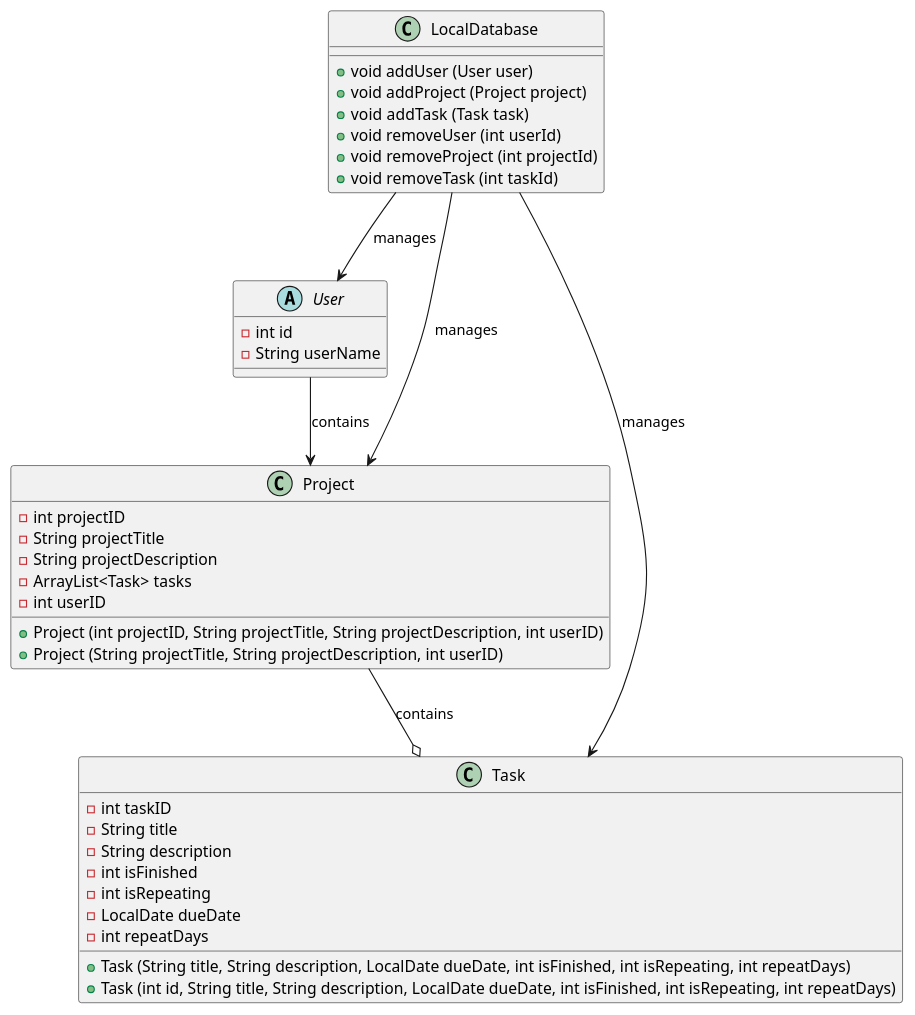
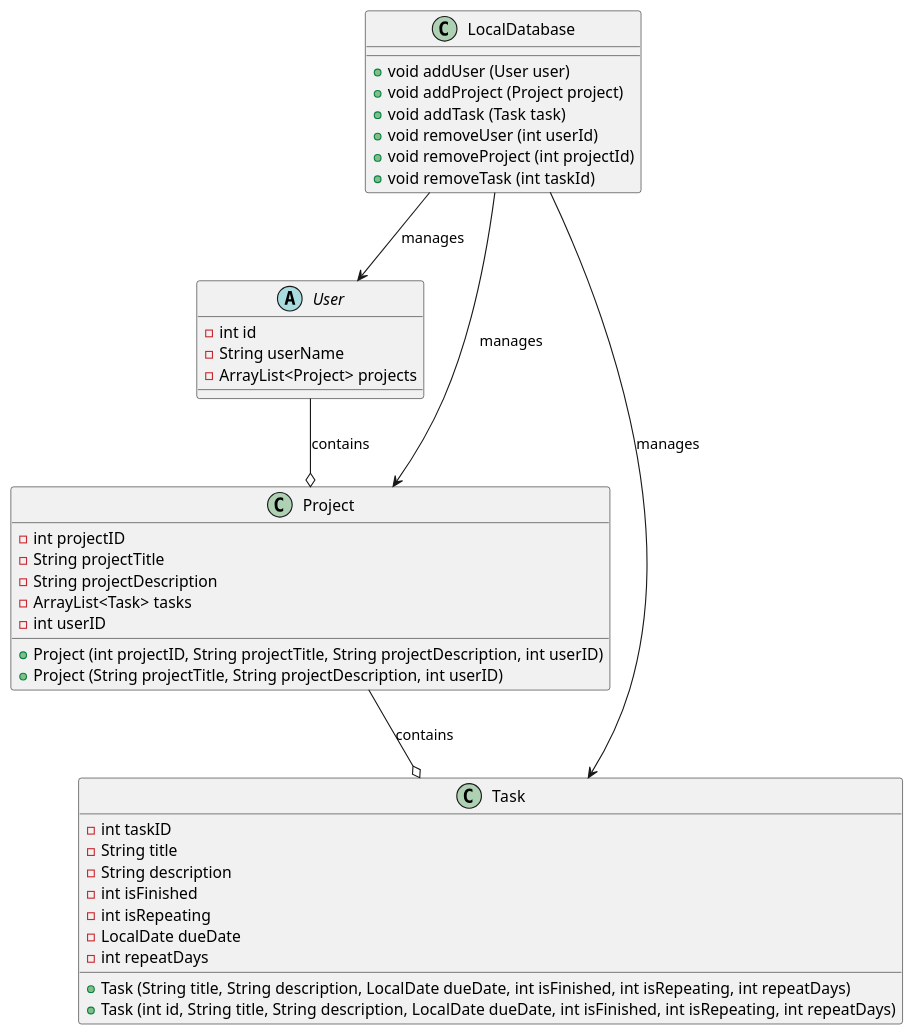
The diagram in doProject/plantUML/classdiagram.puml (blazejzj/ITF20319-SET-G14), drawn with PlantUML before and after one commit.

Commit message:
refactor: made minor changes to class diagram

```diff
--- a/doProject/plantUML/classdiagram.puml
+++ b/doProject/plantUML/classdiagram.puml
@@ -1,47 +1,50 @@
 @startuml
 'https://plantuml.com/class-diagram
 
 abstract class User {
     - int id
     - String userName
+    - ArrayList<Project> projects
     }
 
-User --> Project : contains
+User --o Project : contains
 
 class Project {
     - int projectID
     - String projectTitle
     - String projectDescription
     - ArrayList<Task> tasks
     - int userID
     + Project (int projectID, String projectTitle, String projectDescription, int userID)
     + Project (String projectTitle, String projectDescription, int userID)
     }
 
 Project --o Task : contains
 
 class Task {
     - int taskID
     - String title
     - String description
     - int isFinished
     - int isRepeating
     - LocalDate dueDate
     - int repeatDays
     + Task (String title, String description, LocalDate dueDate, int isFinished, int isRepeating, int repeatDays)
     + Task (int id, String title, String description, LocalDate dueDate, int isFinished, int isRepeating, int repeatDays)
     }
 
+
+' Due too the high amount of variables, we have chosen not to include them.
 class LocalDatabase {
     + void addUser (User user)
     + void addProject (Project project)
     + void addTask (Task task)
     + void removeUser (int userId)
     + void removeProject (int projectId)
     + void removeTask (int taskId)
     }
 
 LocalDatabase --> User : manages
 LocalDatabase --> Project : manages
 LocalDatabase --> Task : manages
 @enduml
```
